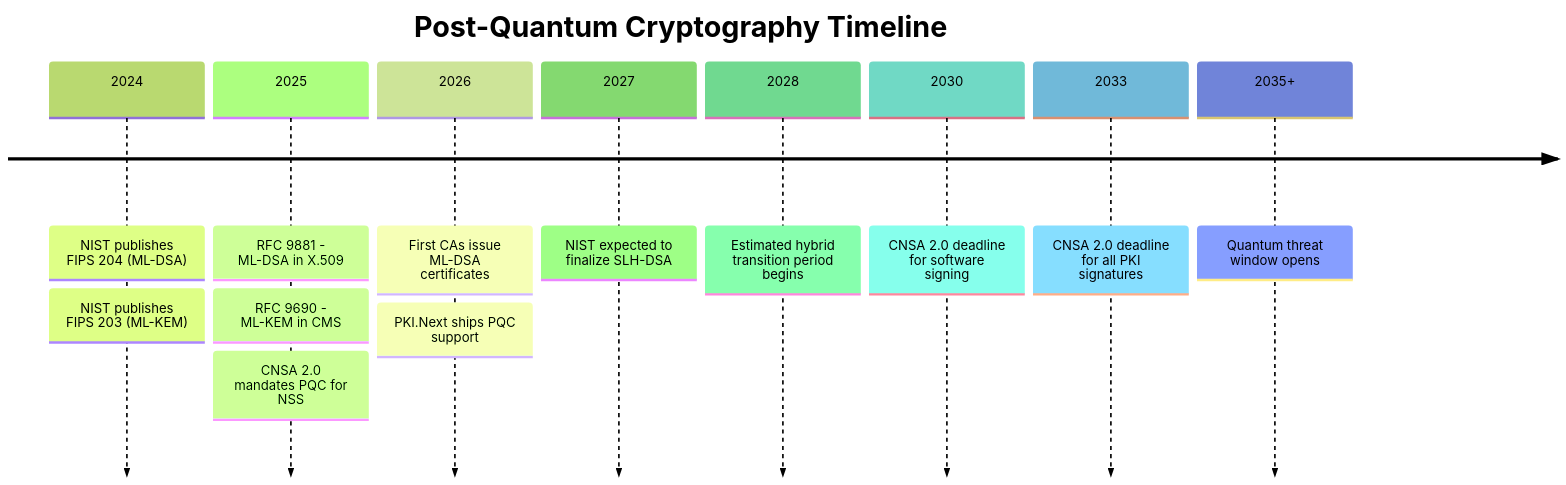
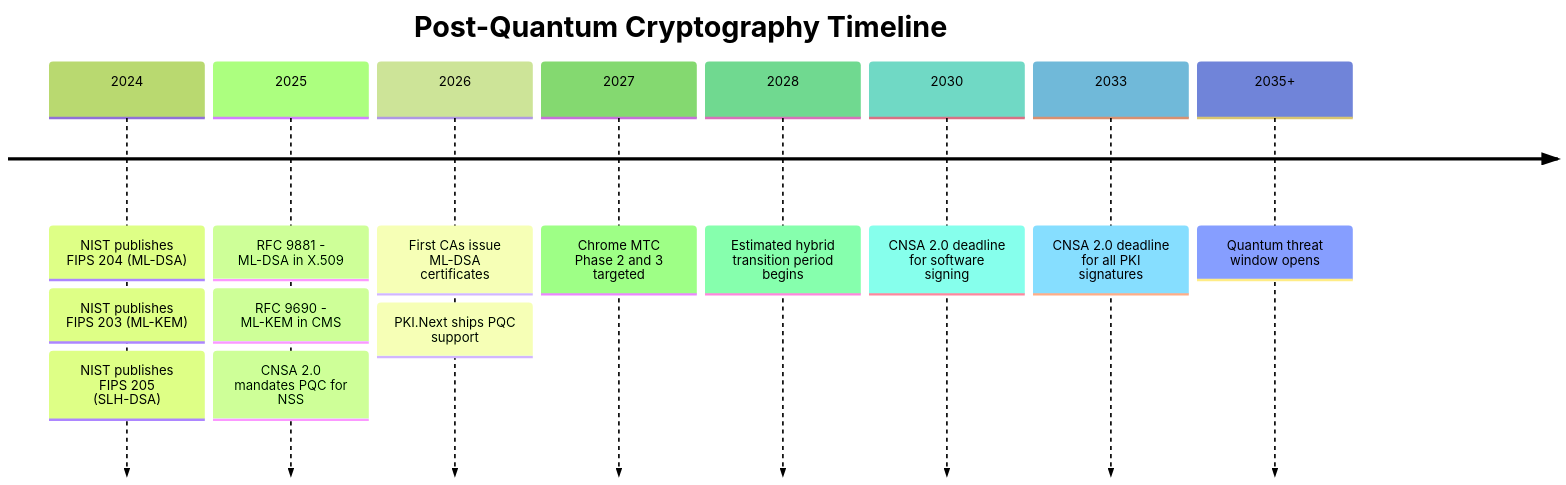
Before and after one commit to czinda/czinda-io: the first of 4 diagrams in content/posts/pki-next-part2-post-quantum-certificates.md, drawn with Mermaid (forest theme). The commit also changed other lines of this file, not shown here.

```diff
--- a/content/posts/pki-next-part2-post-quantum-certificates.md
+++ b/content/posts/pki-next-part2-post-quantum-certificates.md
@@ -30,16 +30,17 @@
 {{< mermaid >}}
 timeline
     title Post-Quantum Cryptography Timeline
     2024 : NIST publishes FIPS 204 (ML-DSA)
          : NIST publishes FIPS 203 (ML-KEM)
+         : NIST publishes FIPS 205 (SLH-DSA)
     2025 : RFC 9881 - ML-DSA in X.509
          : RFC 9690 - ML-KEM in CMS
          : CNSA 2.0 mandates PQC for NSS
     2026 : First CAs issue ML-DSA certificates
          : PKI.Next ships PQC support
-    2027 : NIST expected to finalize SLH-DSA
+    2027 : Chrome MTC Phase 2 and 3 targeted
     2028 : Estimated hybrid transition period begins
     2030 : CNSA 2.0 deadline for software signing
     2033 : CNSA 2.0 deadline for all PKI signatures
     2035+ : Quantum threat window opens
 {{< /mermaid >}}
```
